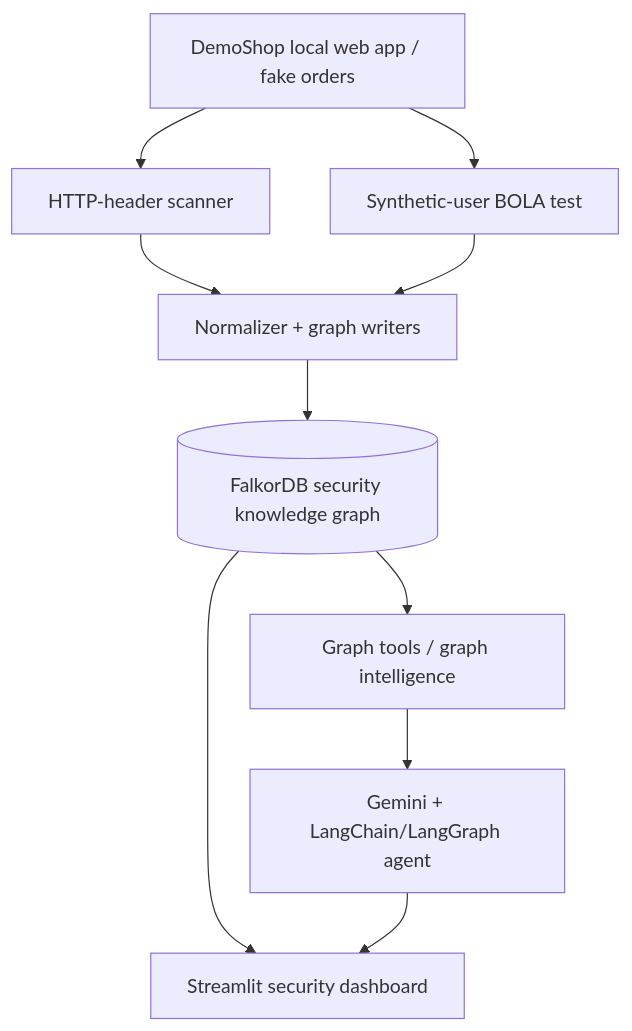
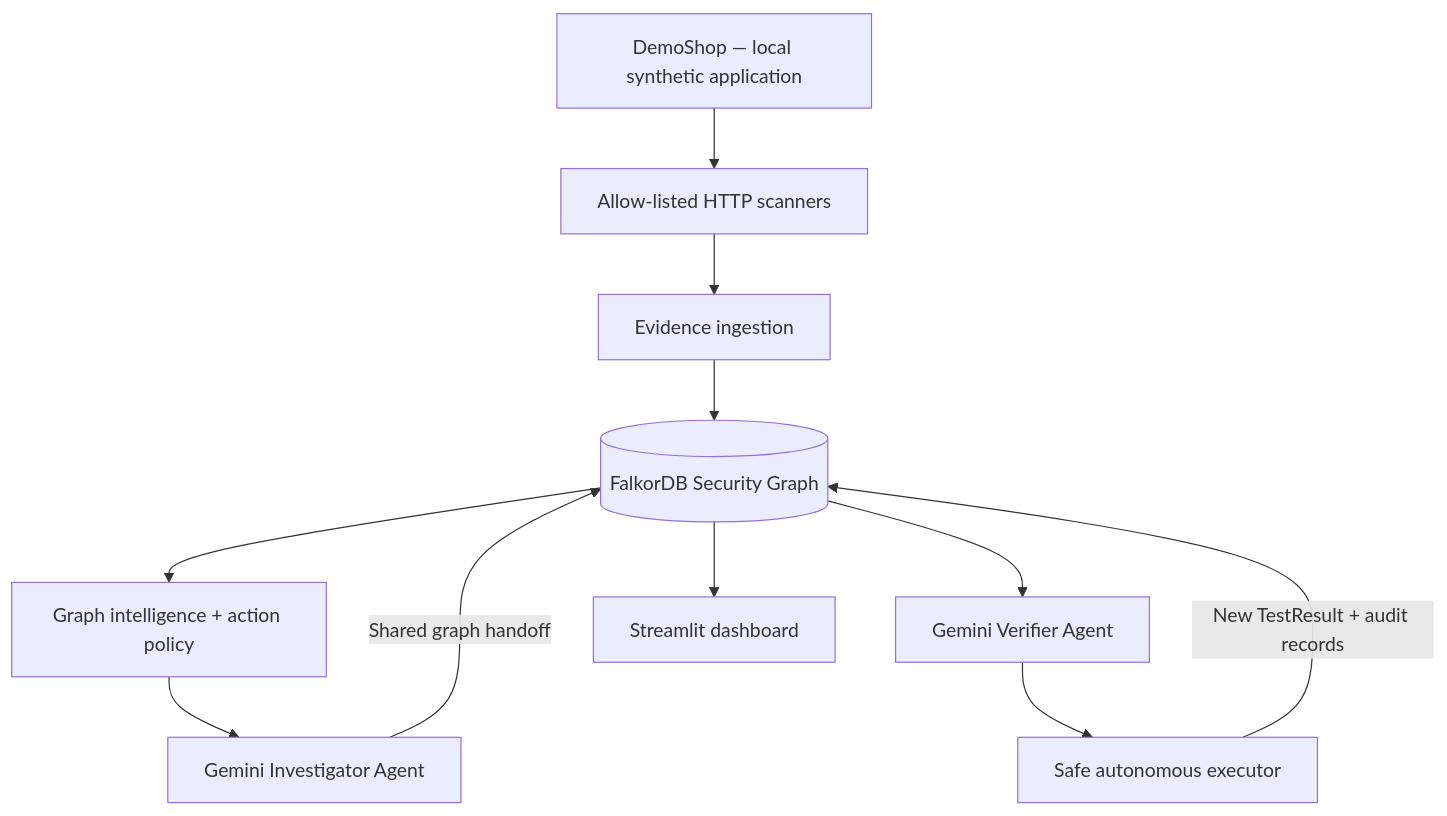
One commit to subhasish52/TraceShield-AI changed the first of 2 diagrams in README.md. Above: the diagram before and after it, drawn with Mermaid. The commit also changed other lines of this file, not shown here.

````diff
--- a/README.md
+++ b/README.md
@@ -46,20 +48,23 @@
-``` mermaid
+```mermaid
 flowchart TD
-    Demo["DemoShop local web app / fake orders"]
-    Headers["HTTP-header scanner"]
-    BOLA["Synthetic-user BOLA test"]
-    Ingest["Normalizer + graph writers"]
-    DB[("FalkorDB security knowledge graph")]
-    Tools["Graph tools / graph intelligence"]
-    Agent["Gemini + LangChain/LangGraph agent"]
-    UI["Streamlit security dashboard"]
-    Demo --> Headers
-    Demo --> BOLA
-    Headers --> Ingest
-    BOLA --> Ingest
-    Ingest --> DB
-    DB --> Tools
-    Tools --> Agent
+    APP["DemoShop — local synthetic application"]
+    SCAN["Allow-listed HTTP scanners"]
+    ING["Evidence ingestion"]
+    DB[("FalkorDB Security Graph")]
+    INT["Graph intelligence + action policy"]
+    INVEST["Gemini Investigator Agent"]
+    VERIFY["Gemini Verifier Agent"]
+    EXEC["Safe autonomous executor"]
+    UI["Streamlit dashboard"]
+
+    APP --> SCAN
+    SCAN --> ING
+    ING --> DB
+    DB --> INT
+    INT --> INVEST
+    INVEST -->|"Shared graph handoff"| DB
+    DB --> VERIFY
+    VERIFY --> EXEC
+    EXEC -->|"New TestResult + audit records"| DB
     DB --> UI
-    Agent --> UI
 ```
````
